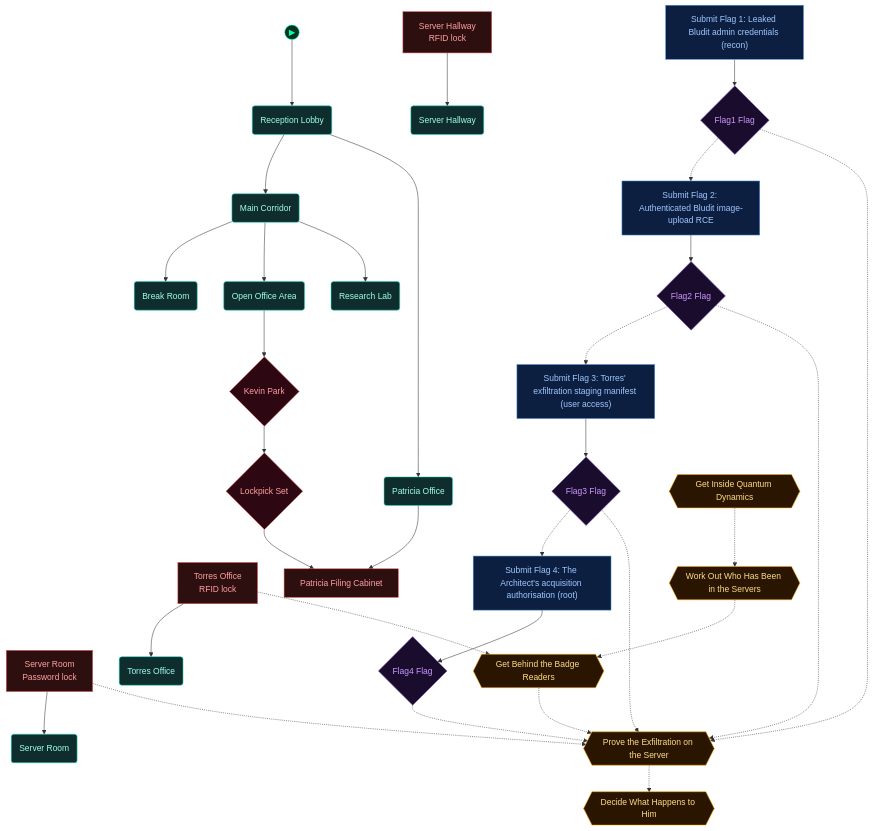
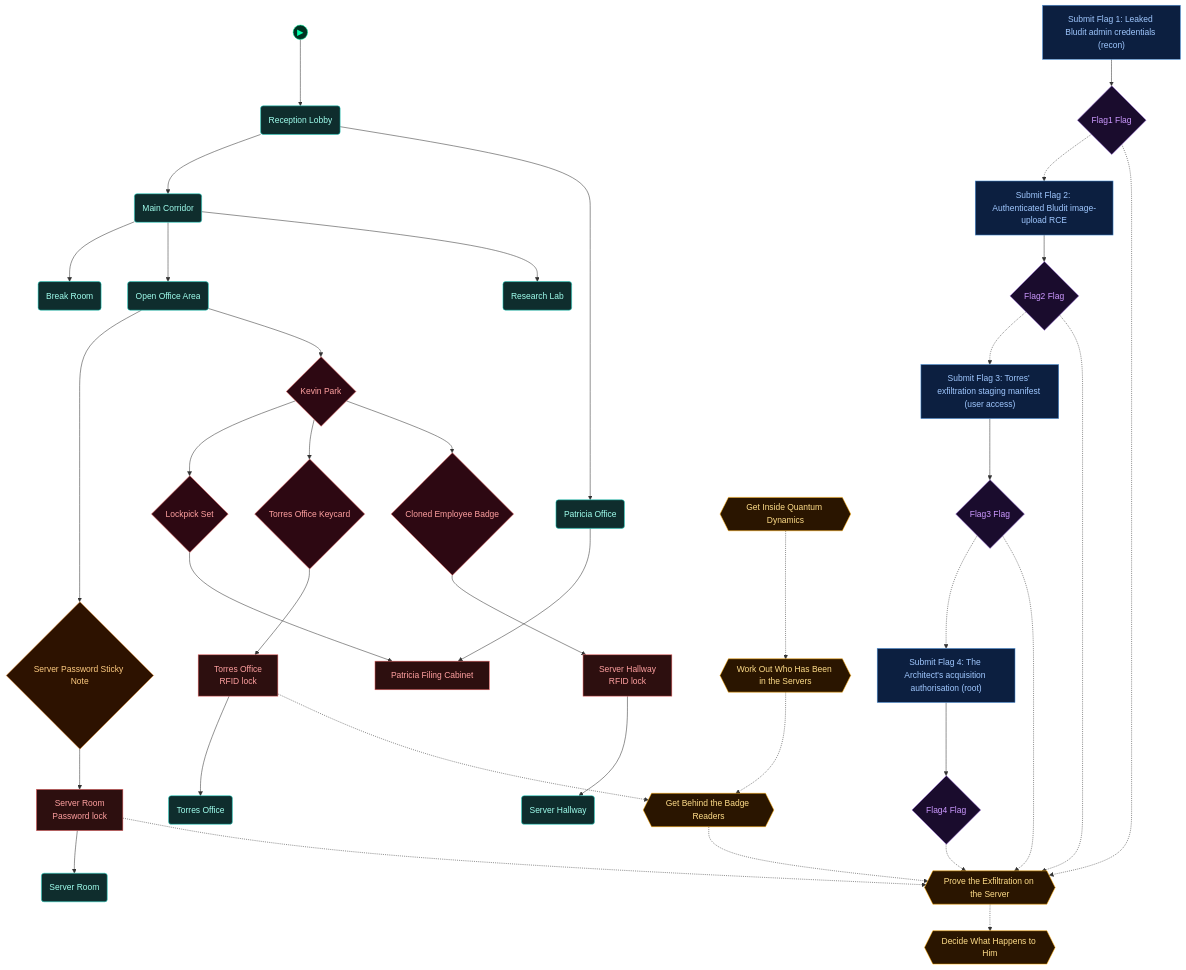
One commit to cliffe/BreakEscapeGame changed the third of 5 diagrams in scenarios/m05_insider_trading/dungeon_graph.md. Above: the diagram before and after it, drawn with Mermaid. The commit also changed other lines of this file and 6 other files, not shown here.

```diff
--- a/scenarios/m05_insider_trading/dungeon_graph.md
+++ b/scenarios/m05_insider_trading/dungeon_graph.md
@@ -188,10 +198,13 @@
   server_room("Server Room")
   door_torres_office["Torres Office<br/>RFID lock"]
   torres_office("Torres Office")
+  open_office_area("Open Office Area")
+  server_password_sticky_note{"Server Password Sticky Note"}
   npc_kevin_park{"Kevin Park"}
-  open_office_area("Open Office Area")
   lockpick_set{"Lockpick Set"}
   lock_patricia_filing_cabinet["Patricia Filing Cabinet"]
+  torres_office_keycard{"Torres Office Keycard"}
+  cloned_employee_badge{"Cloned Employee Badge"}
   vmch_submit_flag1["Submit Flag 1: Leaked Bludit admin credentials (recon)"]
   vmfl_submit_flag1{"Flag1 Flag"}
   vmch_submit_flag2["Submit Flag 2: Authenticated Bludit image-upload RCE"]
@@ -214,9 +227,15 @@
   door_server_hallway --> server_hallway
   door_server_room --> server_room
   door_torres_office --> torres_office
+  open_office_area --> server_password_sticky_note
+  server_password_sticky_note --> door_server_room
   open_office_area --> npc_kevin_park
   npc_kevin_park --> lockpick_set
   lockpick_set --> lock_patricia_filing_cabinet
+  npc_kevin_park --> torres_office_keycard
+  torres_office_keycard --> door_torres_office
+  npc_kevin_park --> cloned_employee_badge
+  cloned_employee_badge --> door_server_hallway
   patricia_office --> lock_patricia_filing_cabinet
   vmch_submit_flag1 --> vmfl_submit_flag1
   vmch_submit_flag2 --> vmfl_submit_flag2
@@ -243,7 +262,8 @@
 
   class door_server_hallway,door_server_room,door_torres_office,lock_patricia_filing_cabinet lock
   class server_hallway,server_room,torres_office,open_office_area,reception_lobby,main_corridor,patricia_office,break_room,research_lab room
-  class npc_kevin_park,lockpick_set key
+  class server_password_sticky_note item
+  class npc_kevin_park,lockpick_set,torres_office_keycard,cloned_employee_badge key
   class vmch_submit_flag1,vmch_submit_flag2,vmch_submit_flag3,vmch_submit_flag4 vm
   class vmfl_submit_flag1,vmfl_submit_flag2,vmfl_submit_flag3,vmfl_submit_flag4 flag
   class aim_establish_access,aim_investigate_employees,aim_gather_evidence,aim_exploit_infrastructure,aim_confront_insider critical
```
